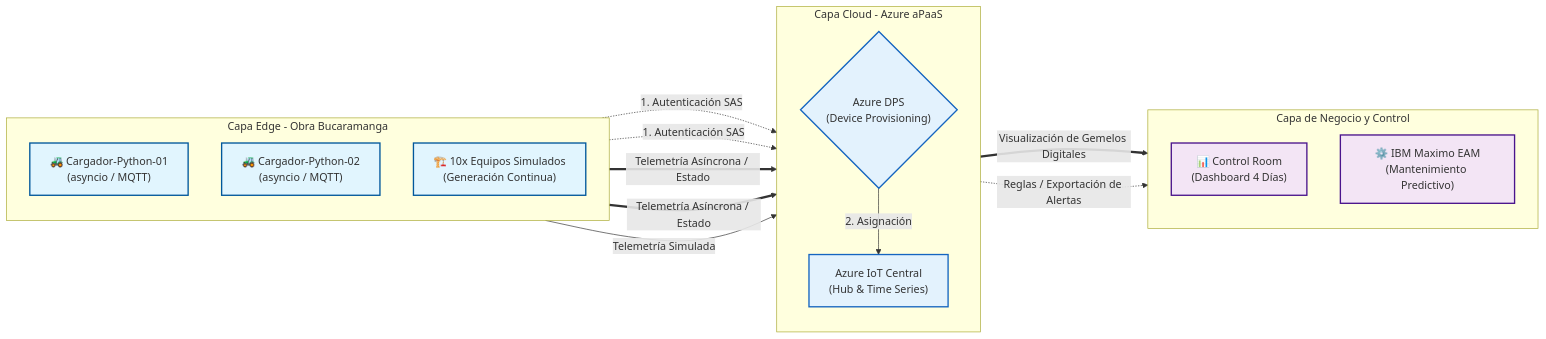
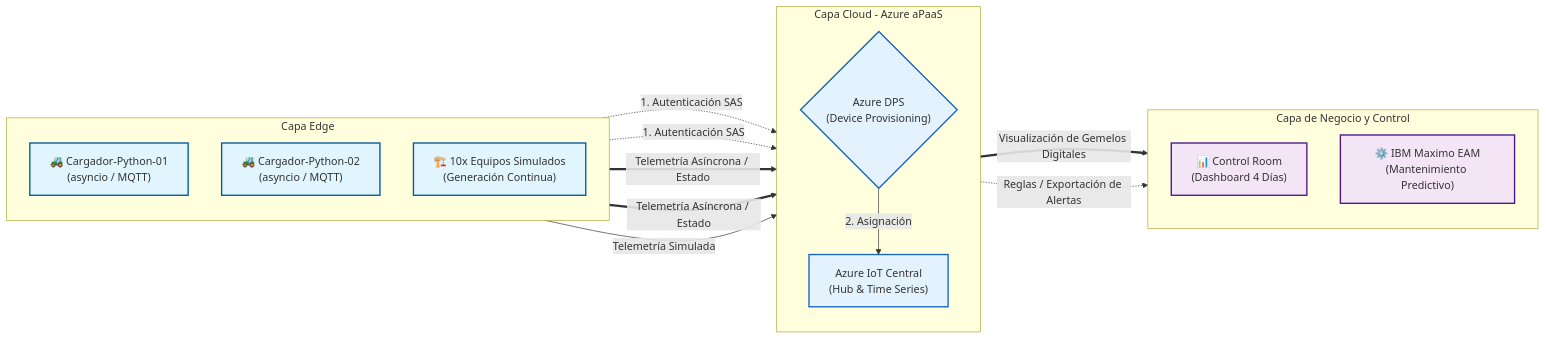
The diagram in README.md (cvalencia58/TallerIOT), drawn with Mermaid before and after one commit.

````diff
--- a/README.md
+++ b/README.md
@@ -22,37 +22,37 @@
 ```mermaid
 graph LR
     classDef edge fill:#e1f5fe,stroke:#01579b,stroke-width:2px;
     classDef cloud fill:#e3f2fd,stroke:#1565c0,stroke-width:2px;
     classDef eam fill:#f3e5f5,stroke:#4a148c,stroke-width:2px;
 
-    subgraph Edge ["Capa Edge - Obra Bucaramanga"]
+    subgraph Edge ["Capa Edge"]
         direction TB
         Py1["🚜 Cargador-Python-01<br/>(asyncio / MQTT)"]:::edge
         Py2["🚜 Cargador-Python-02<br/>(asyncio / MQTT)"]:::edge
         Sim["🏗️ 10x Equipos Simulados<br/>(Generación Continua)"]:::edge
     end
 
     subgraph Azure ["Capa Cloud - Azure aPaaS"]
         direction TB
         DPS{"Azure DPS<br/>(Device Provisioning)"}:::cloud
         IoT["Azure IoT Central<br/>(Hub & Time Series)"]:::cloud
     end
 
     subgraph Negocio ["Capa de Negocio y Control"]
         direction TB
         Dash["📊 Control Room<br/>(Dashboard 4 Días)"]:::eam
         Maximo["⚙️ IBM Maximo EAM<br/>(Mantenimiento Predictivo)"]:::eam
     end
 
     %% Conexiones
     Py1 -.->|1. Autenticación SAS| DPS
     Py2 -.->|1. Autenticación SAS| DPS
     DPS -->|2. Asignación| IoT
     
     Py1 ==>|Telemetría Asíncrona / Estado| IoT
     Py2 ==>|Telemetría Asíncrona / Estado| IoT
     Sim -->|Telemetría Simulada| IoT
 
     IoT ==>|Visualización de Gemelos Digitales| Dash
     IoT -.->|Reglas / Exportación de Alertas| Maximo
 ```
````
